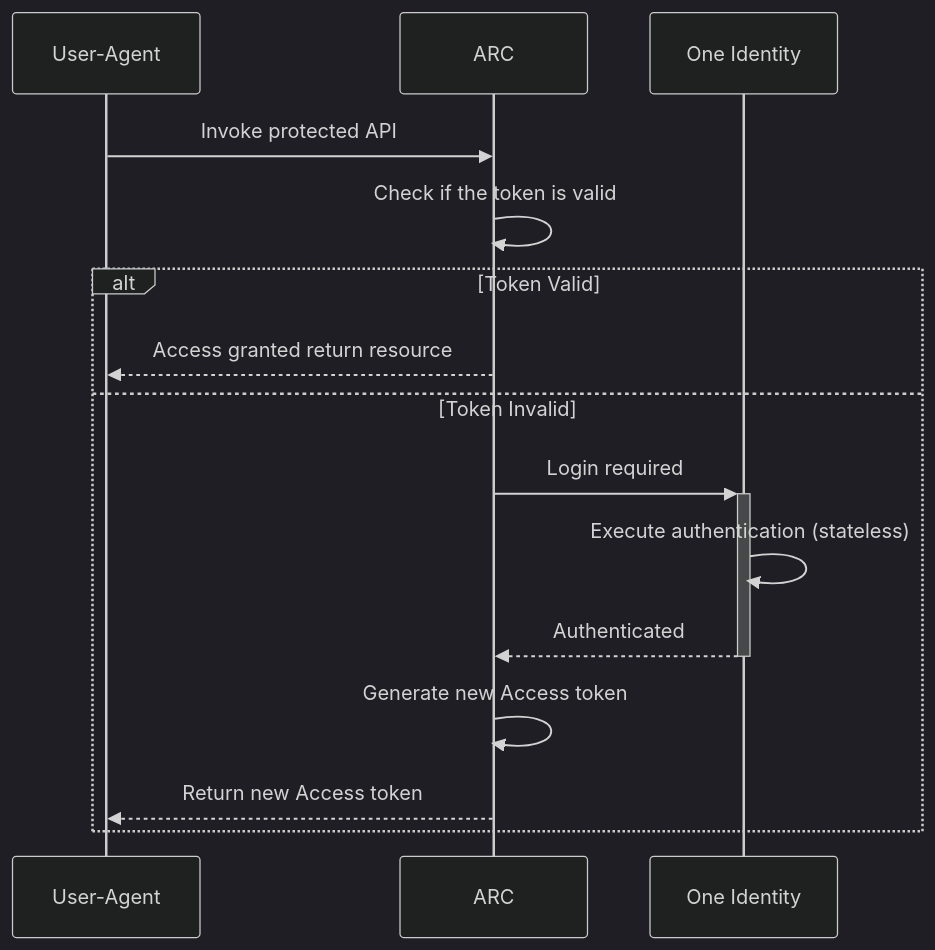
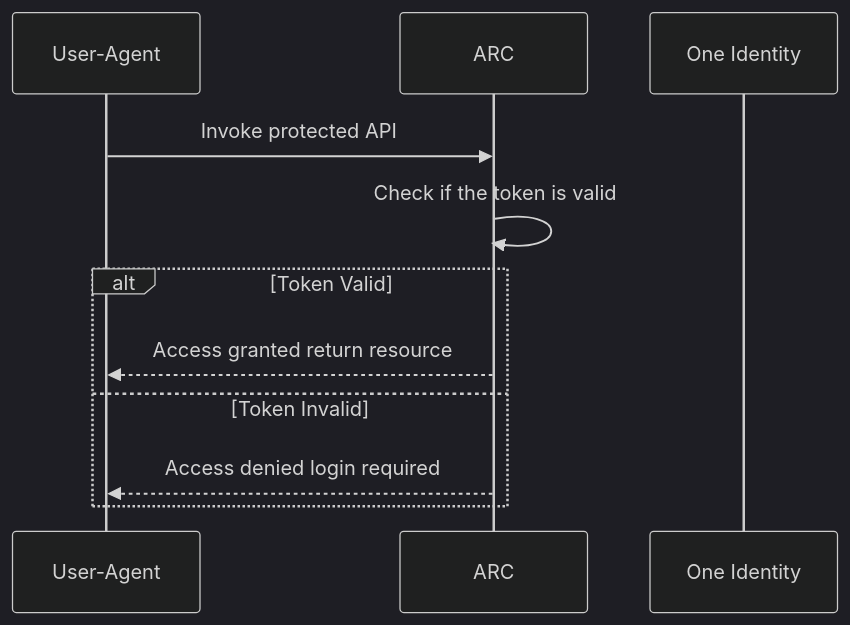
One commit to pagopa/p4pa-doc changed the diagram in design/arc/oneidentity-integration/sequence_diagram_system_characteristics.mmd. Above: the diagram before and after it, drawn with Mermaid (dark theme).

Commit message:
P4PU-171 updated sequence

```diff
--- a/design/arc/oneidentity-integration/sequence_diagram_system_characteristics.mmd
+++ b/design/arc/oneidentity-integration/sequence_diagram_system_characteristics.mmd
@@ -1,16 +1,12 @@
 sequenceDiagram
     participant User-Agent
     participant ARC
     participant OneIdentity as One Identity
 
     User-Agent ->> ARC: Invoke protected API
     ARC ->> ARC: Check if the token is valid
     alt Token Valid
         ARC -->> User-Agent: Access granted return resource
     else Token Invalid
-        ARC ->>+ OneIdentity: Login required
-        OneIdentity ->> OneIdentity: Execute authentication (stateless)
-        OneIdentity -->>- ARC: Authenticated
-        ARC ->> ARC: Generate new Access token
-        ARC -->> User-Agent: Return new Access token
+        ARC -->> User-Agent: Access denied login required
     end
```
